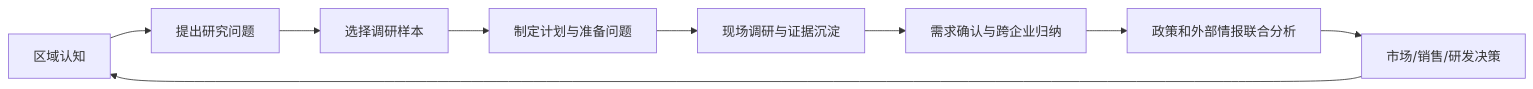
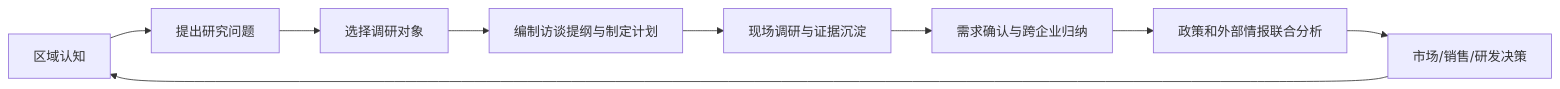
Before and after one commit to zhang-lei-git/IndustryResearch: the diagram in docs/02-需求规格说明书.md, drawn with Mermaid. The commit also changed other lines of this file and 5 other files, not shown here.

````diff
--- a/docs/02-需求规格说明书.md
+++ b/docs/02-需求规格说明书.md
@@ -15,11 +15,11 @@
 ```mermaid
 flowchart LR
   A[区域认知] --> B[提出研究问题]
-  B --> C[选择调研样本]
-  C --> D[制定计划与准备问题]
+  B --> C[选择调研对象]
+  C --> D[编制访谈提纲与制定计划]
   D --> E[现场调研与证据沉淀]
   E --> F[需求确认与跨企业归纳]
   F --> G[政策和外部情报联合分析]
   G --> H[市场/销售/研发决策]
   H --> A
 ```
````
